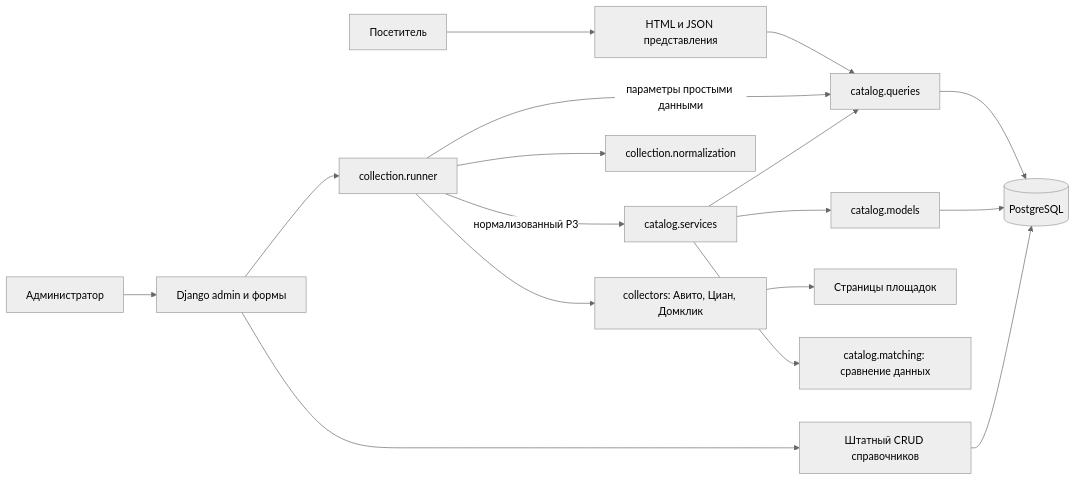
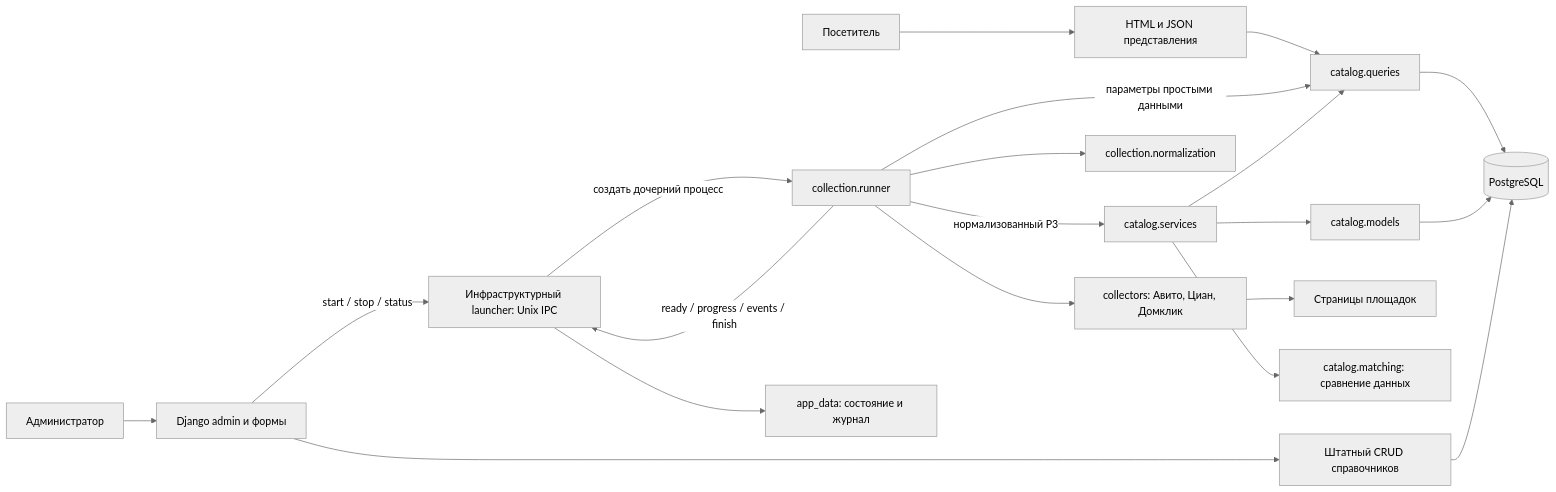
Before and after one commit to ozcnii/nir: the first of 5 diagrams in bachelor-thesis/CONSOLIDATED-DESIGN-9.md, drawn with Mermaid (neutral theme). The commit also changed other lines of this file and 9 other files, not shown here.

````diff
--- a/bachelor-thesis/CONSOLIDATED-DESIGN-9.md
+++ b/bachelor-thesis/CONSOLIDATED-DESIGN-9.md
@@ -37,19 +37,22 @@
 ```mermaid
 flowchart LR
     Visitor[Посетитель] --> Views[HTML и JSON представления]
     Admin[Администратор] --> AdminUI[Django admin и формы]
     Views --> Queries[catalog.queries]
-    AdminUI --> Runner[collection.runner]
+    AdminUI -->|start / stop / status| Launcher[Инфраструктурный launcher: Unix IPC]
+    Launcher -->|создать дочерний процесс| Runner[collection.runner]
+    Runner -->|ready / progress / events / finish| Launcher
+    Launcher --> State[app_data: состояние и журнал]
     AdminUI --> Directories[Штатный CRUD справочников]
     Runner --> Collectors[collectors: Авито, Циан, Домклик]
     Collectors --> Sites[Страницы площадок]
     Runner --> Norm[collection.normalization]
     Runner -->|нормализованный P3| Services[catalog.services]
     Runner -->|параметры простыми данными| Queries
     Services --> Queries
     Services --> Matching[catalog.matching: сравнение данных]
     Services --> Models[catalog.models]
     Queries --> DB[(PostgreSQL)]
     Models --> DB
     Directories --> DB
 ```
````
